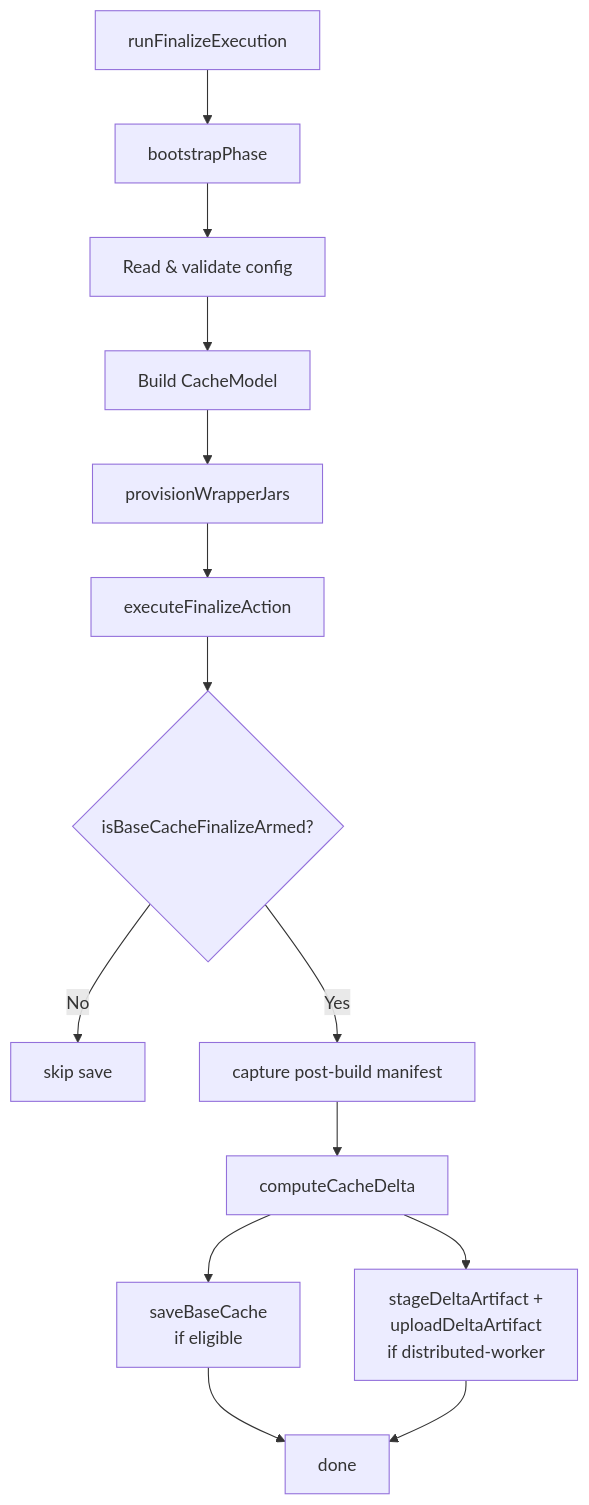
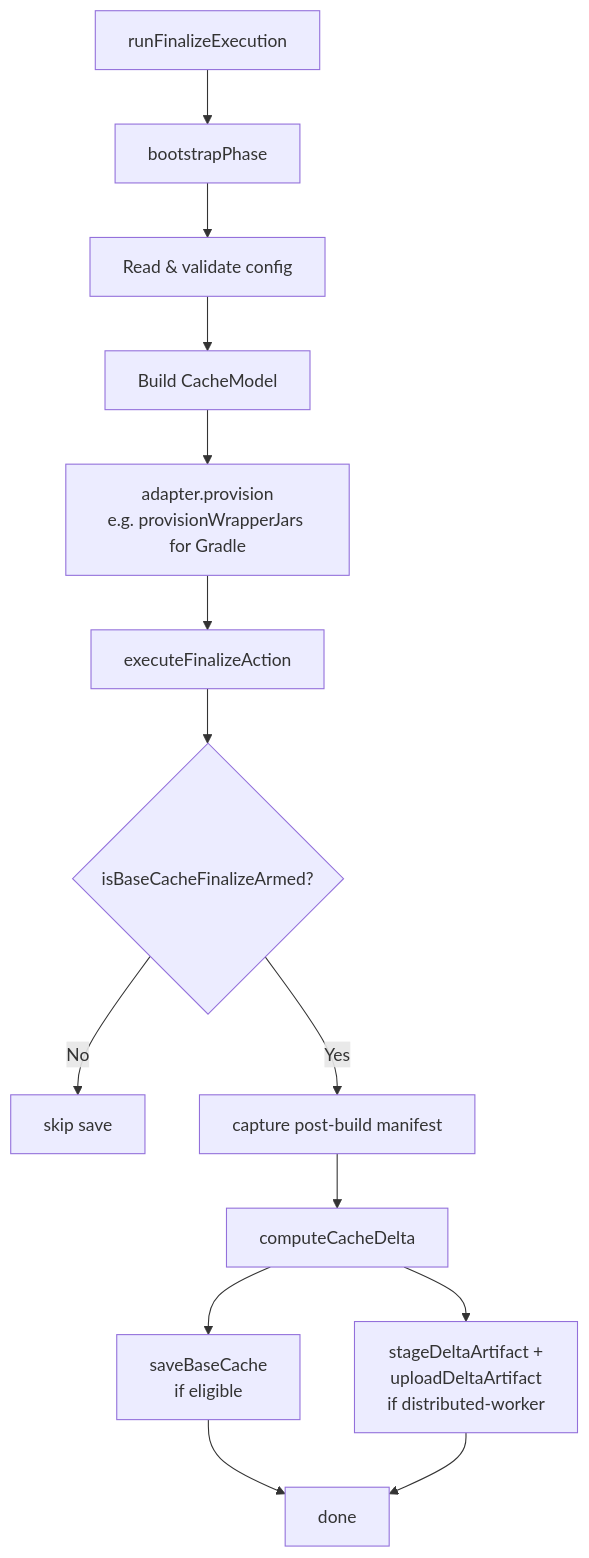
The second of 2 diagrams in docs/architecture/bootstrap.md (buildish-tooling/buildish-mammoth-cache), drawn with Mermaid before and after one commit. The commit also changed other lines of this file and 70 other files, not shown here.

````diff
--- a/docs/architecture/bootstrap.md
+++ b/docs/architecture/bootstrap.md
@@ -77,16 +79,16 @@
 ```mermaid
 flowchart TD
     A[runFinalizeExecution] --> B[bootstrapPhase]
     B --> C[Read & validate config]
     C --> D[Build CacheModel]
-    D --> E[provisionWrapperJars]
+    D --> E[adapter.provision\ne.g. provisionWrapperJars for Gradle]
     E --> F[executeFinalizeAction]
     F --> G{isBaseCacheFinalizeArmed?}
     G -- No --> Z1[skip save]
     G -- Yes --> H[capture post-build manifest]
     H --> I[computeCacheDelta]
     I --> J[saveBaseCache\nif eligible]
     I --> K[stageDeltaArtifact +\nuploadDeltaArtifact\nif distributed-worker]
     J --> Z2[done]
     K --> Z2
 ```
````
